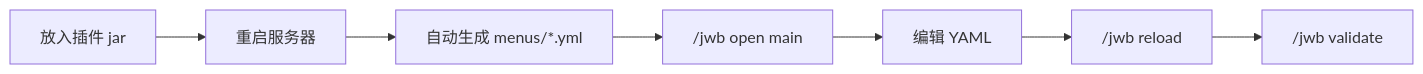
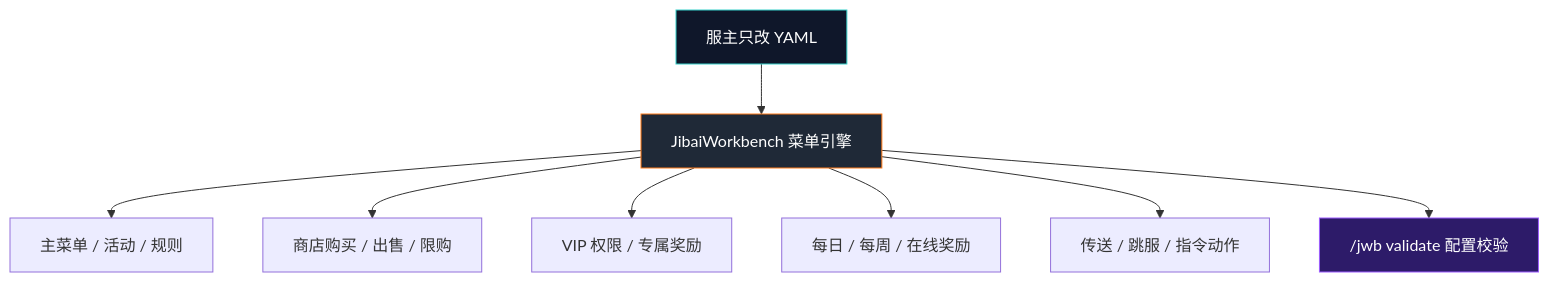
The diagram in README.md (A2225211273/-JibaiWorkbench), drawn with Mermaid before and after one commit. The commit also changed other lines of this file, not shown here.

````diff
--- a/README.md
+++ b/README.md
@@ -48,9 +39,14 @@
 ```mermaid
-flowchart LR
-  A["放入插件 jar"] --> B["重启服务器"]
-  B --> C["自动生成 menus/*.yml"]
-  C --> D["/jwb open main"]
-  D --> E["编辑 YAML"]
-  E --> F["/jwb reload"]
-  F --> G["/jwb validate"]
+flowchart TB
+  A["服主只改 YAML"] --> B["JibaiWorkbench 菜单引擎"]
+  B --> C["主菜单 / 活动 / 规则"]
+  B --> D["商店购买 / 出售 / 限购"]
+  B --> E["VIP 权限 / 专属奖励"]
+  B --> F["每日 / 每周 / 在线奖励"]
+  B --> G["传送 / 跳服 / 指令动作"]
+  B --> H["/jwb validate 配置校验"]
+
+  style B fill:#1f2937,stroke:#ff7a18,color:#ffffff
+  style A fill:#0f172a,stroke:#36cfc9,color:#ffffff
+  style H fill:#2d1b69,stroke:#9d5cff,color:#ffffff
 ```
````
